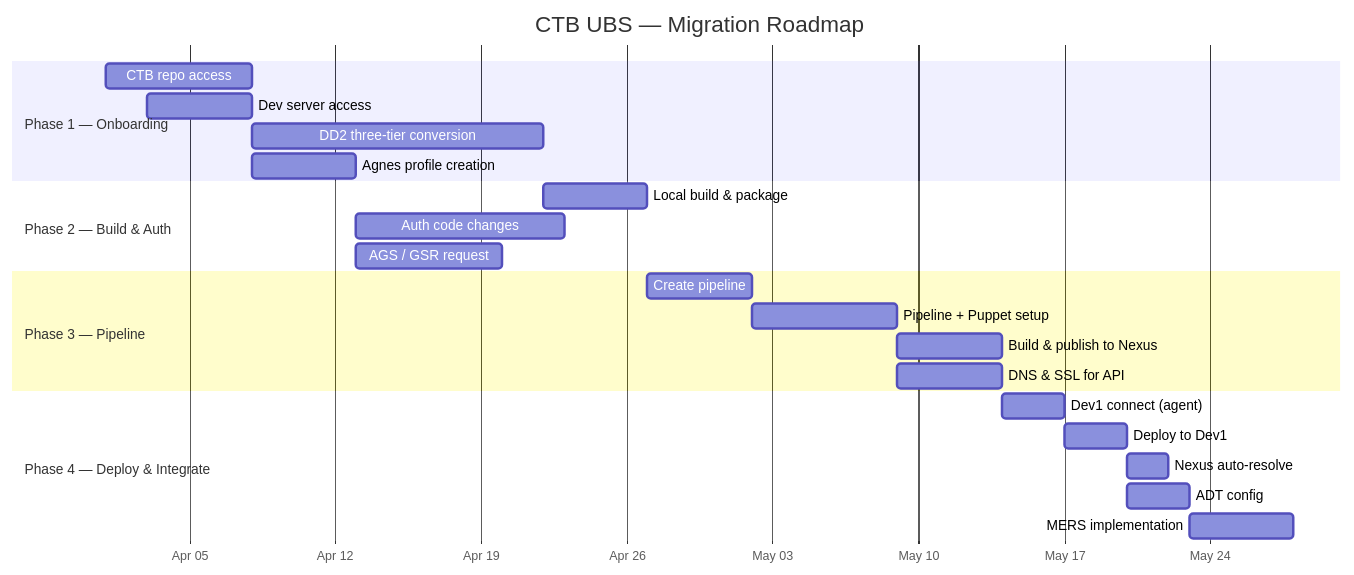
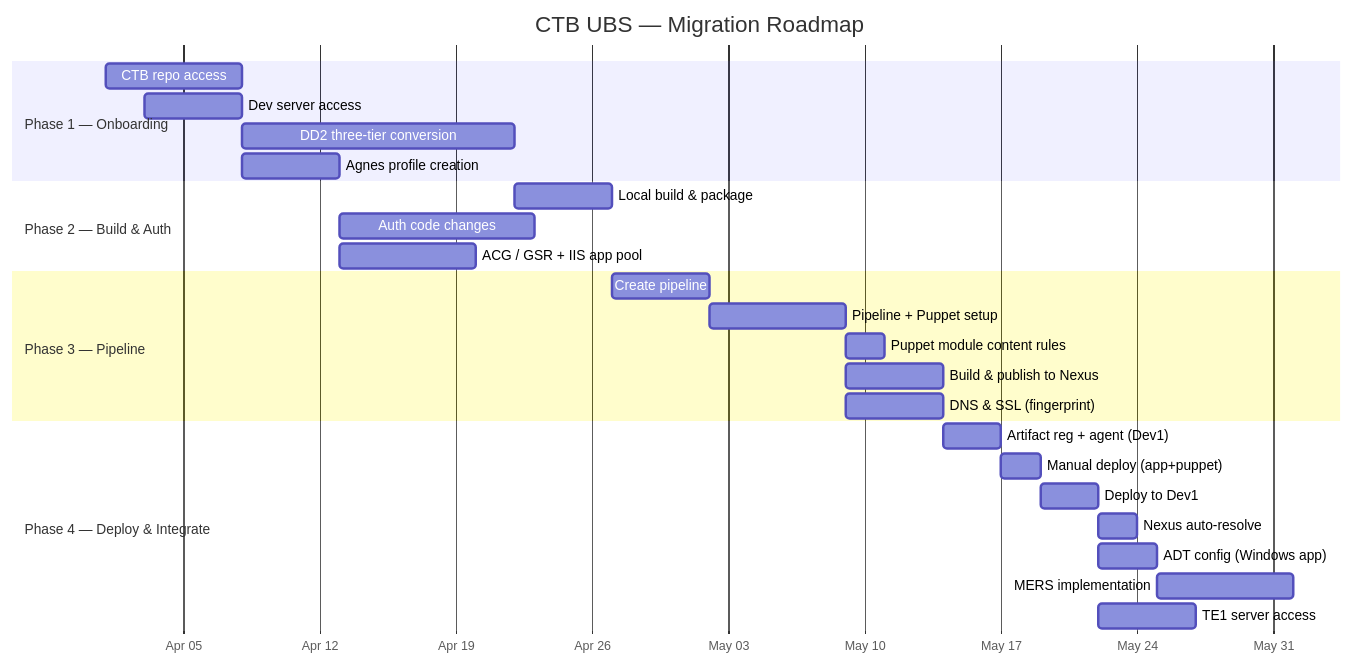
One commit to sagarai2024-collab/CTB-UBS changed the diagram in docs/CTB-Checklist.md. Above: the diagram before and after it, drawn with Mermaid. The commit also changed other lines of this file and 4 other files, not shown here.

First line of the commit message:
docs: expand CTB checklist to 19 items with MERS, TE1, and puppet module rules

````diff
--- a/docs/CTB-Checklist.md
+++ b/docs/CTB-Checklist.md
@@ -35,30 +35,33 @@
 ```mermaid
 gantt
     title CTB UBS — Migration Roadmap
     dateFormat  YYYY-MM-DD
     axisFormat  %b %d
 
     section Phase 1 — Onboarding
     CTB repo access            :a1, 2026-04-01, 7d
     Dev server access          :a2, 2026-04-03, 5d
     DD2 three-tier conversion  :a3, after a1, 14d
     Agnes profile creation     :a4, after a2, 5d
 
     section Phase 2 — Build & Auth
     Local build & package      :b1, after a3, 5d
     Auth code changes          :b2, after a4, 10d
-    AGS / GSR request          :b3, after a4, 7d
+    ACG / GSR + IIS app pool   :b3, after a4, 7d
 
     section Phase 3 — Pipeline
     Create pipeline            :c1, after b1, 5d
     Pipeline + Puppet setup    :c2, after c1, 7d
-    Build & publish to Nexus   :c3, after c2, 5d
-    DNS & SSL for API          :c4, after c2, 5d
+    Puppet module content rules:c3, after c2, 2d
+    Build & publish to Nexus   :c4, after c2, 5d
+    DNS & SSL (fingerprint)    :c5, after c2, 5d
 
     section Phase 4 — Deploy & Integrate
-    Dev1 connect (agent)       :d1, after c3, 3d
-    Deploy to Dev1             :d2, after d1, 3d
-    Nexus auto-resolve         :d3, after d2, 2d
-    ADT config                 :d4, after d2, 3d
-    MERS implementation        :d5, after d4, 5d
+    Artifact reg + agent (Dev1):d1, after c4, 3d
+    Manual deploy (app+puppet) :d2, after d1, 2d
+    Deploy to Dev1             :d3, after d2, 3d
+    Nexus auto-resolve         :d4, after d3, 2d
+    ADT config (Windows app)   :d5, after d3, 3d
+    MERS implementation        :d6, after d5, 7d
+    TE1 server access          :d7, after d3, 5d
 ```
````
